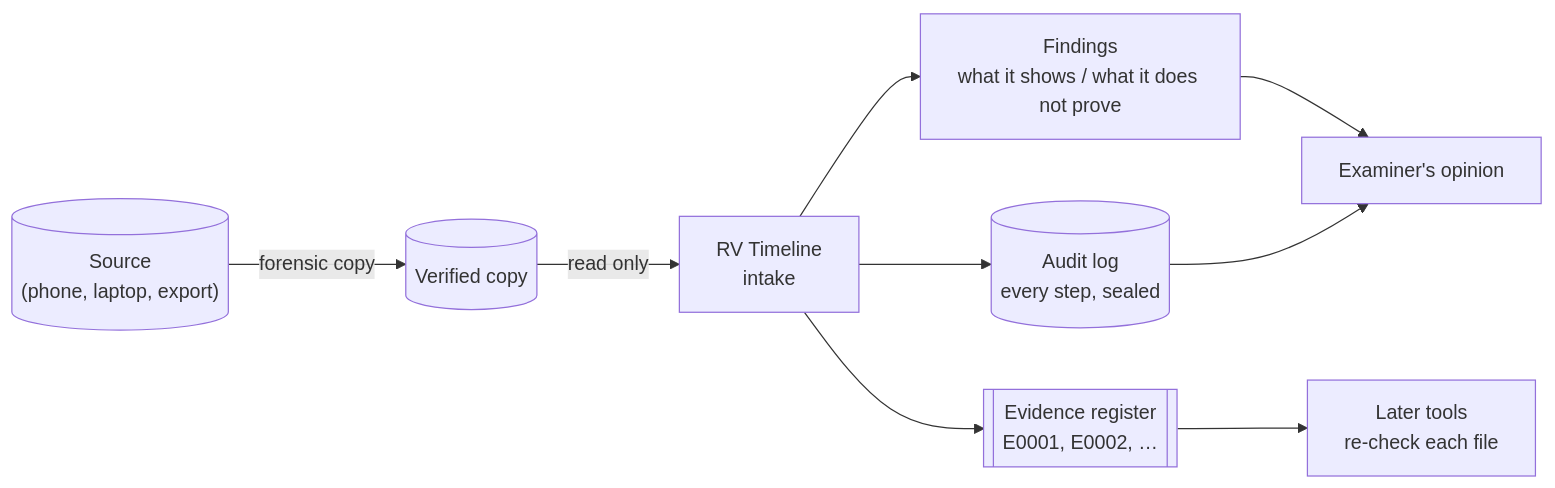
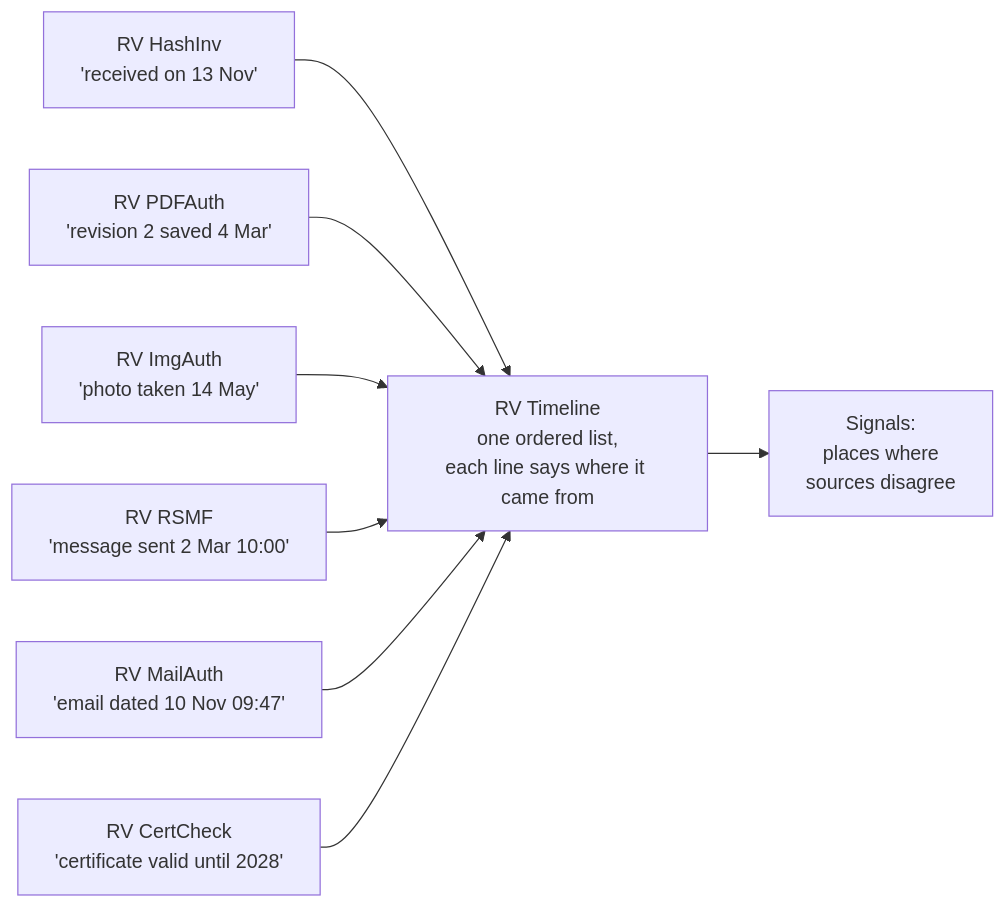
The first of 10 diagrams in docs/theory.md (Panacota96/rv-timeline), drawn with Mermaid before and after one commit. The commit also changed other lines of this file and 984 other files, not shown here.

First line of the commit message:
feat: RV Timeline v0.1 — cited case timeline from the Rakvor tools' outputs (#3)

````diff
--- a/docs/theory.md
+++ b/docs/theory.md
@@ -69,11 +56,10 @@
 ```mermaid
 flowchart LR
-    S[("Source<br/>(phone, laptop, export)")] -->|forensic copy| C[("Verified copy")]
-    C -->|read only| T["RV Timeline<br/>intake"]
-    T --> F["Findings<br/>what it shows / what it does not prove"]
-    T --> R[["Evidence register<br/>E0001, E0002, …"]]
-    T --> L[("Audit log<br/>every step, sealed")]
-    R --> A["Later tools<br/>re-check each file"]
-    F --> E["Examiner's opinion"]
-    L --> E
+    H["RV HashInv<br/>'received on 13 Nov'"] --> T
+    P["RV PDFAuth<br/>'revision 2 saved 4 Mar'"] --> T
+    I["RV ImgAuth<br/>'photo taken 14 May'"] --> T
+    R["RV RSMF<br/>'message sent 2 Mar 10:00'"] --> T
+    M["RV MailAuth<br/>'email dated 10 Nov 09:47'"] --> T
+    C["RV CertCheck<br/>'certificate valid until 2028'"] --> T
+    T["RV Timeline<br/>one ordered list,<br/>each line says where it came from"] --> S["Signals:<br/>places where<br/>sources disagree"]
 ```
````
